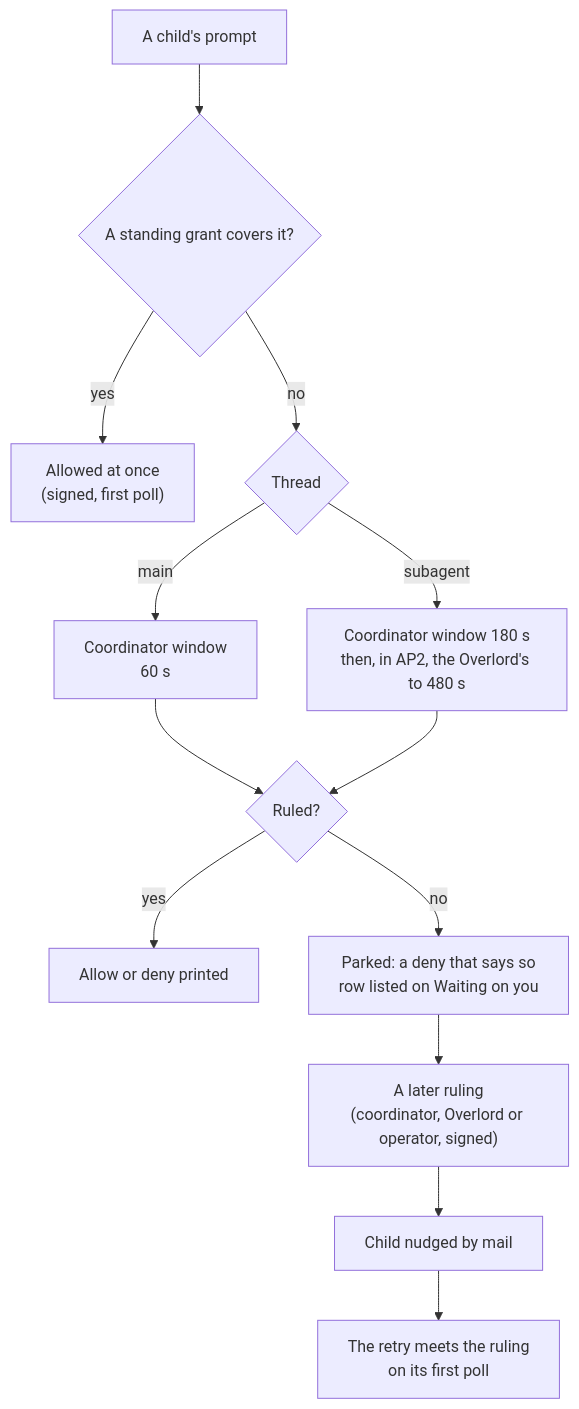
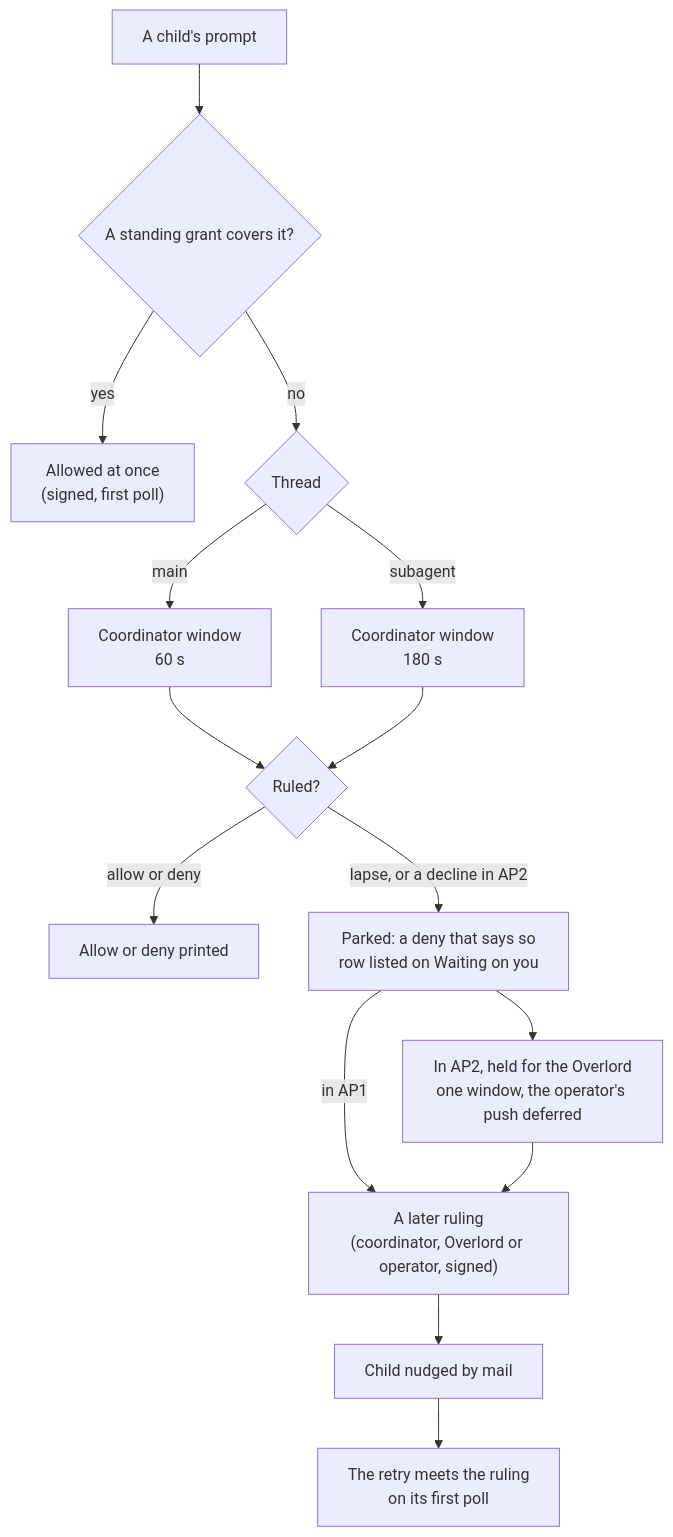
The second of 3 diagrams in docs/superpowers/plans/2026-11-18-overlord-approvals.md (Synapsium-Labs/ccrc-pwa), drawn with Mermaid before and after one commit. The commit also changed other lines of this file and 1 other file, not shown here.

````diff
--- a/docs/superpowers/plans/2026-11-18-overlord-approvals.md
+++ b/docs/superpowers/plans/2026-11-18-overlord-approvals.md
@@ -359,15 +386,17 @@
 ```mermaid
 flowchart TD
   P["A child's prompt"] --> G{"A standing grant covers it?"}
   G -- "yes" --> A["Allowed at once<br/>(signed, first poll)"]
   G -- "no" --> W{"Thread"}
   W -- "main" --> M["Coordinator window<br/>60 s"]
-  W -- "subagent" --> S["Coordinator window 180 s<br/>then, in AP2, the Overlord's to 480 s"]
+  W -- "subagent" --> S["Coordinator window<br/>180 s"]
   M --> R{"Ruled?"}
   S --> R
-  R -- "yes" --> D["Allow or deny printed"]
-  R -- "no" --> K["Parked: a deny that says so<br/>row listed on Waiting on you"]
-  K --> L["A later ruling<br/>(coordinator, Overlord or operator, signed)"]
+  R -- "allow or deny" --> D["Allow or deny printed"]
+  R -- "lapse, or a decline in AP2" --> K["Parked: a deny that says so<br/>row listed on Waiting on you"]
+  K --> H["In AP2, held for the Overlord<br/>one window, the operator's push deferred"]
+  K -- "in AP1" --> L
+  H --> L["A later ruling<br/>(coordinator, Overlord or operator, signed)"]
   L --> N["Child nudged by mail"]
   N --> T["The retry meets the ruling<br/>on its first poll"]
 ```
````
